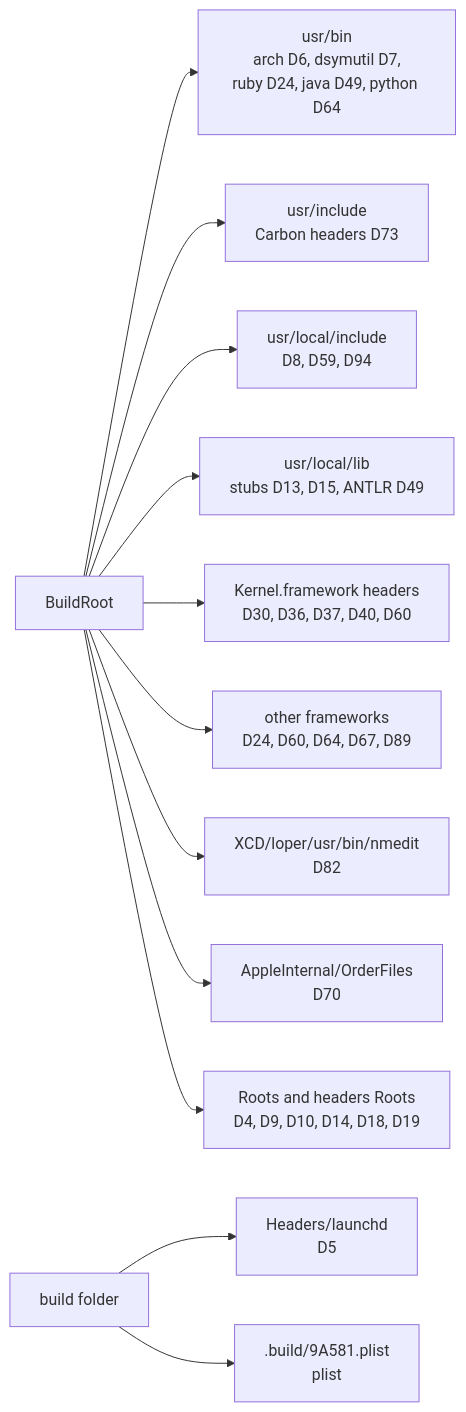
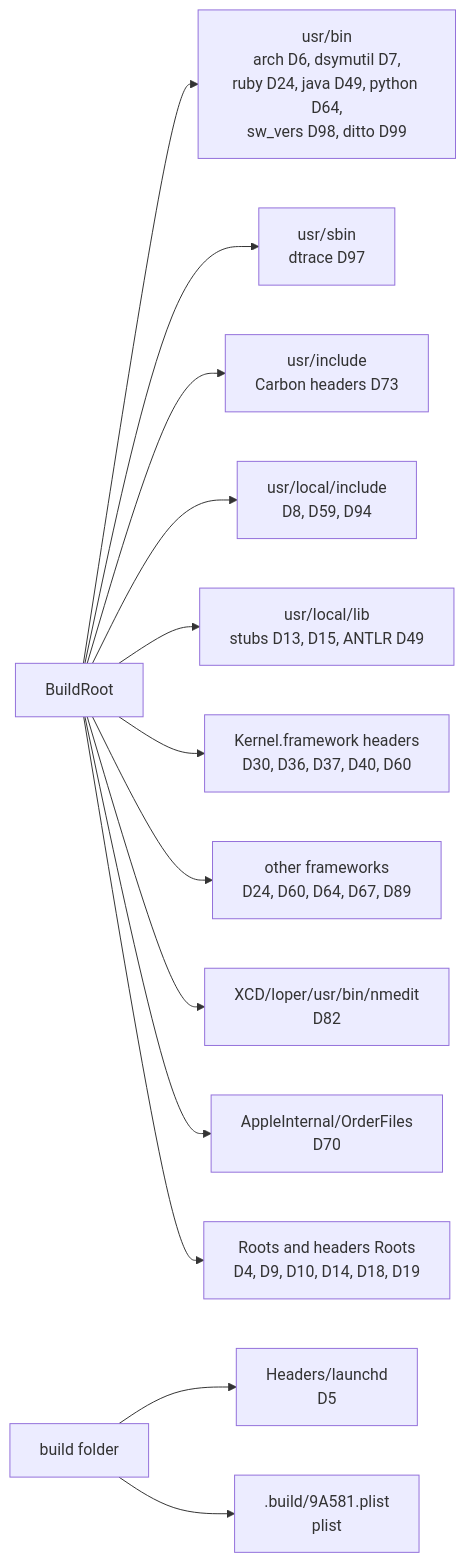
Before and after one commit to nyg/PowerDarwin: the third of 3 diagrams in docs/src/method/darwinbuild.md, drawn with Mermaid. The commit also changed other lines of this file and 16 other files, not shown here.

````diff
--- a/docs/src/method/darwinbuild.md
+++ b/docs/src/method/darwinbuild.md
@@ -202,14 +208,15 @@
 ```mermaid
 flowchart LR
-    BR[BuildRoot] --> UB["usr/bin<br/>arch D6, dsymutil D7,<br/>ruby D24, java D49, python D64"]
+    BR[BuildRoot] --> UB["usr/bin<br/>arch D6, dsymutil D7,<br/>ruby D24, java D49, python D64,<br/>sw_vers D98, ditto D99"]
+    BR --> US["usr/sbin<br/>dtrace D97"]
     BR --> UI["usr/include<br/>Carbon headers D73"]
     BR --> ULI["usr/local/include<br/>D8, D59, D94"]
     BR --> ULL["usr/local/lib<br/>stubs D13, D15, ANTLR D49"]
     BR --> KF["Kernel.framework headers<br/>D30, D36, D37, D40, D60"]
     BR --> FW["other frameworks<br/>D24, D60, D64, D67, D89"]
     BR --> XCD["XCD/loper/usr/bin/nmedit<br/>D82"]
     BR --> AI["AppleInternal/OrderFiles<br/>D70"]
     BR --> R["Roots and headers Roots<br/>D4, D9, D10, D14, D18, D19"]
     BF["build folder"] --> H["Headers/launchd<br/>D5"]
     BF --> P[".build/9A581.plist<br/>plist"]
 ```
````
